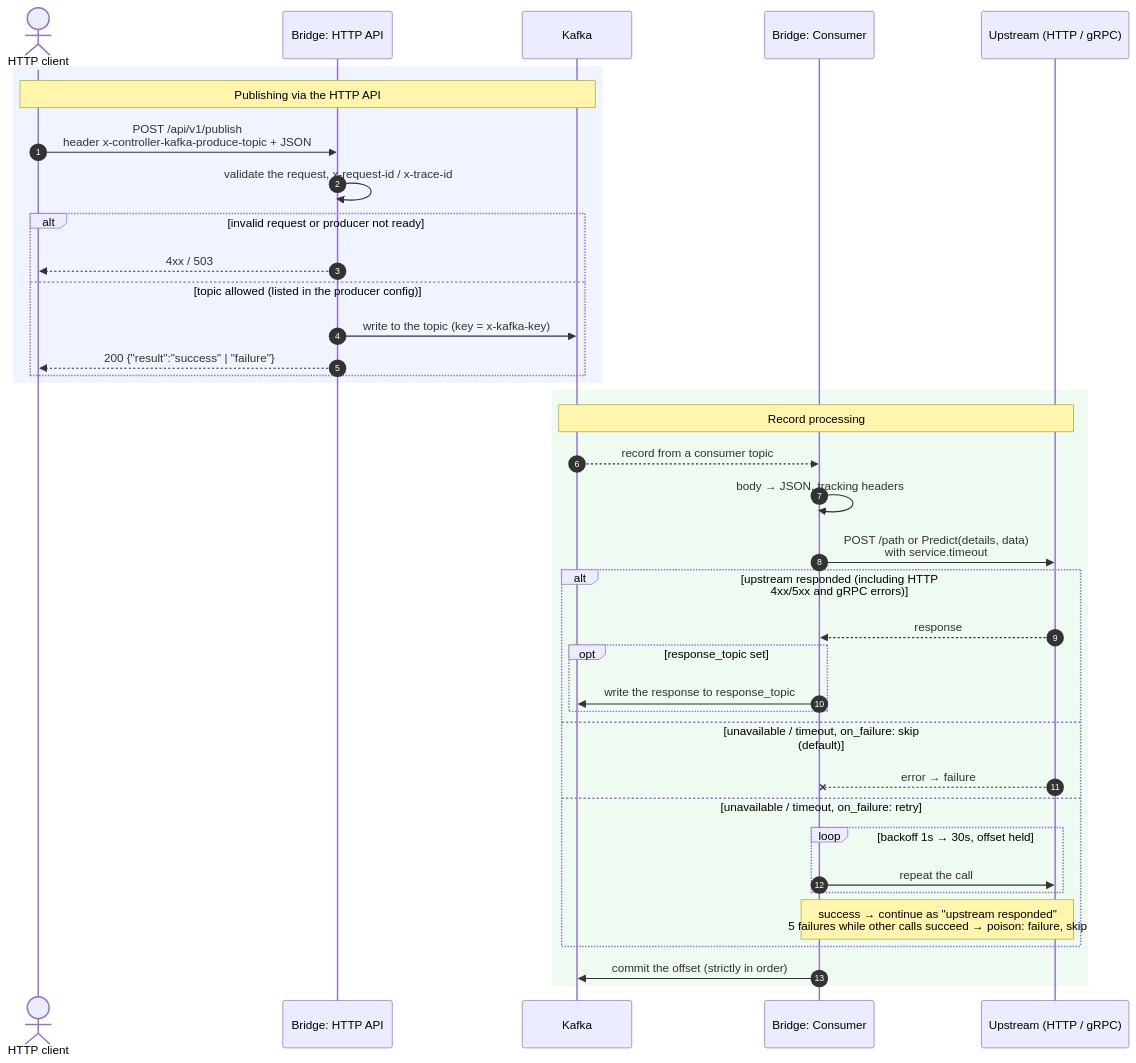
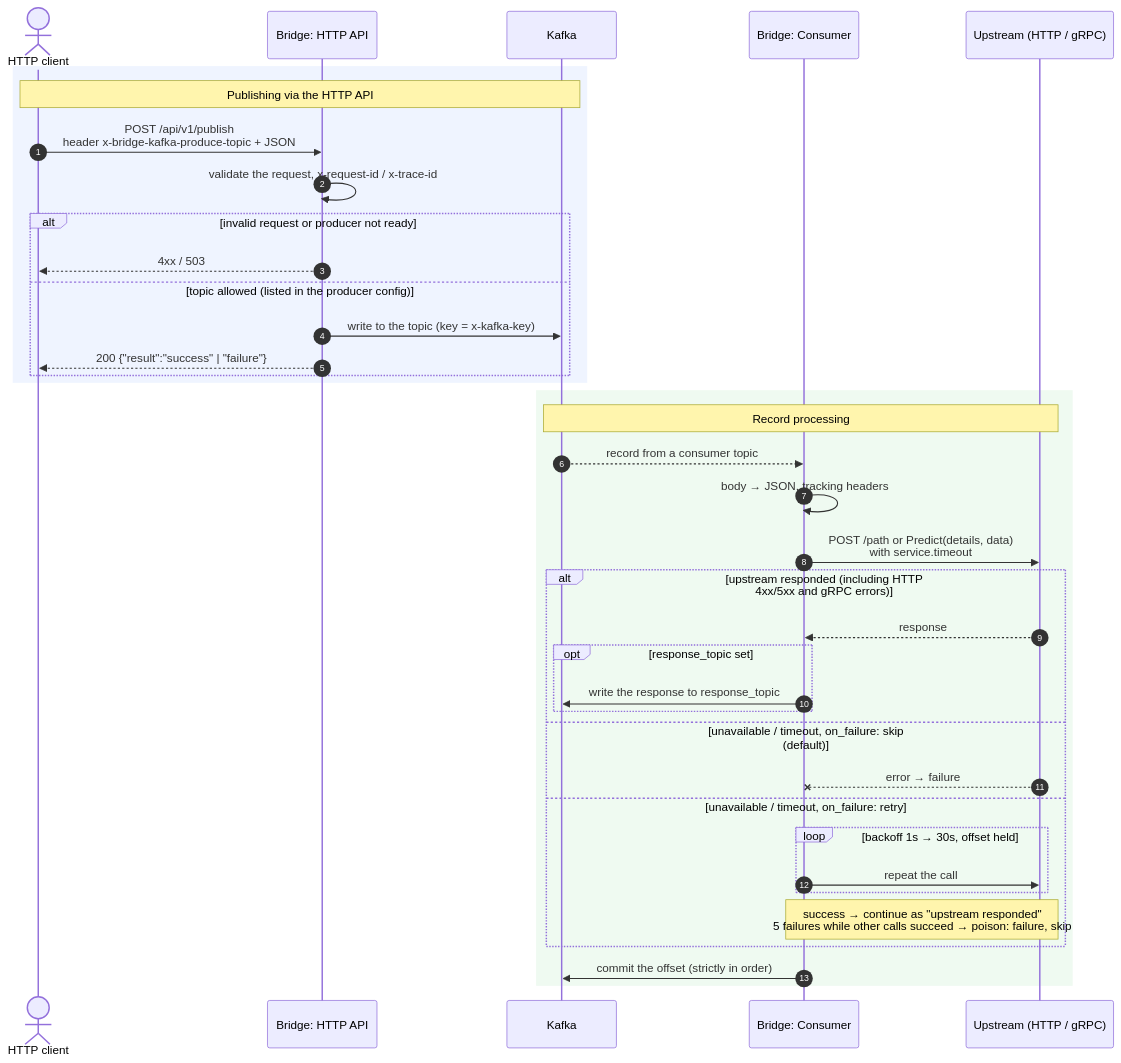
Before and after one commit to Laztrex/bridge-kafka-service: the diagram in docs/flow.md, drawn with Mermaid. The commit also changed other lines of this file and 51 other files, not shown here.

````diff
--- a/docs/flow.md
+++ b/docs/flow.md
@@ -8,42 +8,42 @@
 ```mermaid
 sequenceDiagram
     autonumber
     actor Client as HTTP client
     participant API as Bridge: HTTP API
     participant K as Kafka
     participant B as Bridge: Consumer
     participant UP as Upstream (HTTP / gRPC)
 
     rect rgba(100, 150, 255, 0.1)
     Note over Client,K: Publishing via the HTTP API
-    Client->>API: POST /api/v1/publish<br/>header x-controller-kafka-produce-topic + JSON
+    Client->>API: POST /api/v1/publish<br/>header x-bridge-kafka-produce-topic + JSON
     API->>API: validate the request, x-request-id / x-trace-id
     alt invalid request or producer not ready
         API-->>Client: 4xx / 503
     else topic allowed (listed in the producer config)
         API->>K: write to the topic (key = x-kafka-key)
         API-->>Client: 200 {"result":"success" | "failure"}
     end
     end
 
     rect rgba(100, 200, 120, 0.1)
     Note over K,UP: Record processing
     K-->>B: record from a consumer topic
     B->>B: body → JSON, tracking headers
     B->>UP: POST /path or Predict(details, data)<br/>with service.timeout
     alt upstream responded (including HTTP 4xx/5xx and gRPC errors)
         UP-->>B: response
         opt response_topic set
             B->>K: write the response to response_topic
         end
     else unavailable / timeout, on_failure: skip (default)
         UP--xB: error → failure
     else unavailable / timeout, on_failure: retry
         loop backoff 1s → 30s, offset held
             B->>UP: repeat the call
         end
         Note over B,UP: success → continue as "upstream responded"<br/>5 failures while other calls succeed → poison: failure, skip
     end
     B->>K: commit the offset (strictly in order)
     end
 ```
````
